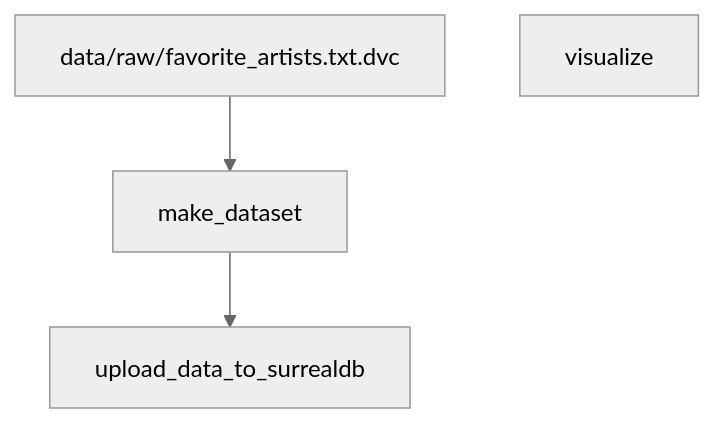
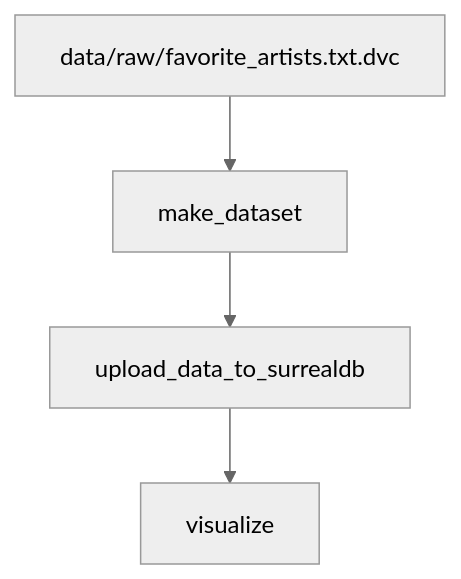
Before and after one commit to u-masao/spotify-api-examples: the diagram in PIPELINE.md, drawn with Mermaid (neutral theme).

Commit message:
update dvc pipeline

````diff
--- a/PIPELINE.md
+++ b/PIPELINE.md
@@ -1,9 +1,10 @@
 ```mermaid
 flowchart TD
 	node1["data/raw/favorite_artists.txt.dvc"]
 	node2["make_dataset"]
 	node3["upload_data_to_surrealdb"]
+	node4["visualize"]
 	node1-->node2
 	node2-->node3
-	node4["visualize"]
+	node3-->node4
 ```
````
